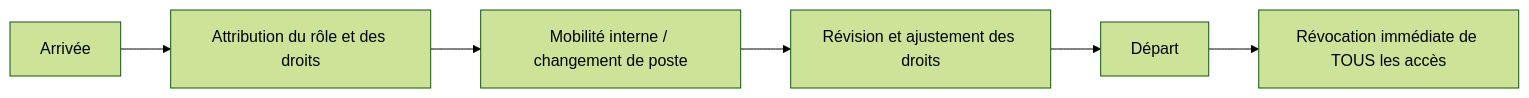
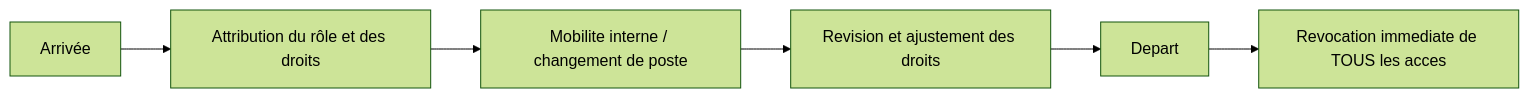
One commit to AureDulvresse/nyx changed the diagram in content/courses/administration-si/07-gestion-identites-acces.md. Above: the diagram before and after it, drawn with Mermaid (forest theme). The commit also changed other lines of this file and 167 other files, not shown here.

````diff
--- a/content/courses/administration-si/07-gestion-identites-acces.md
+++ b/content/courses/administration-si/07-gestion-identites-acces.md
@@ -65,8 +88,8 @@
 ```mermaid
-graph LR
-    A[Arrivée] --> B[Attribution du rôle et des droits]
-    B --> C[Mobilité interne / changement de poste]
-    C --> D[Révision et ajustement des droits]
-    D --> E[Départ]
-    E --> F[Révocation immédiate de TOUS les accès]
+flowchart LR
+    A["Arrivée"] --> B["Attribution du rôle et des droits"]
+    B --> C["Mobilite interne / changement de poste"]
+    C --> D["Revision et ajustement des droits"]
+    D --> E["Depart"]
+    E --> F["Revocation immediate de TOUS les acces"]
 ```
````
